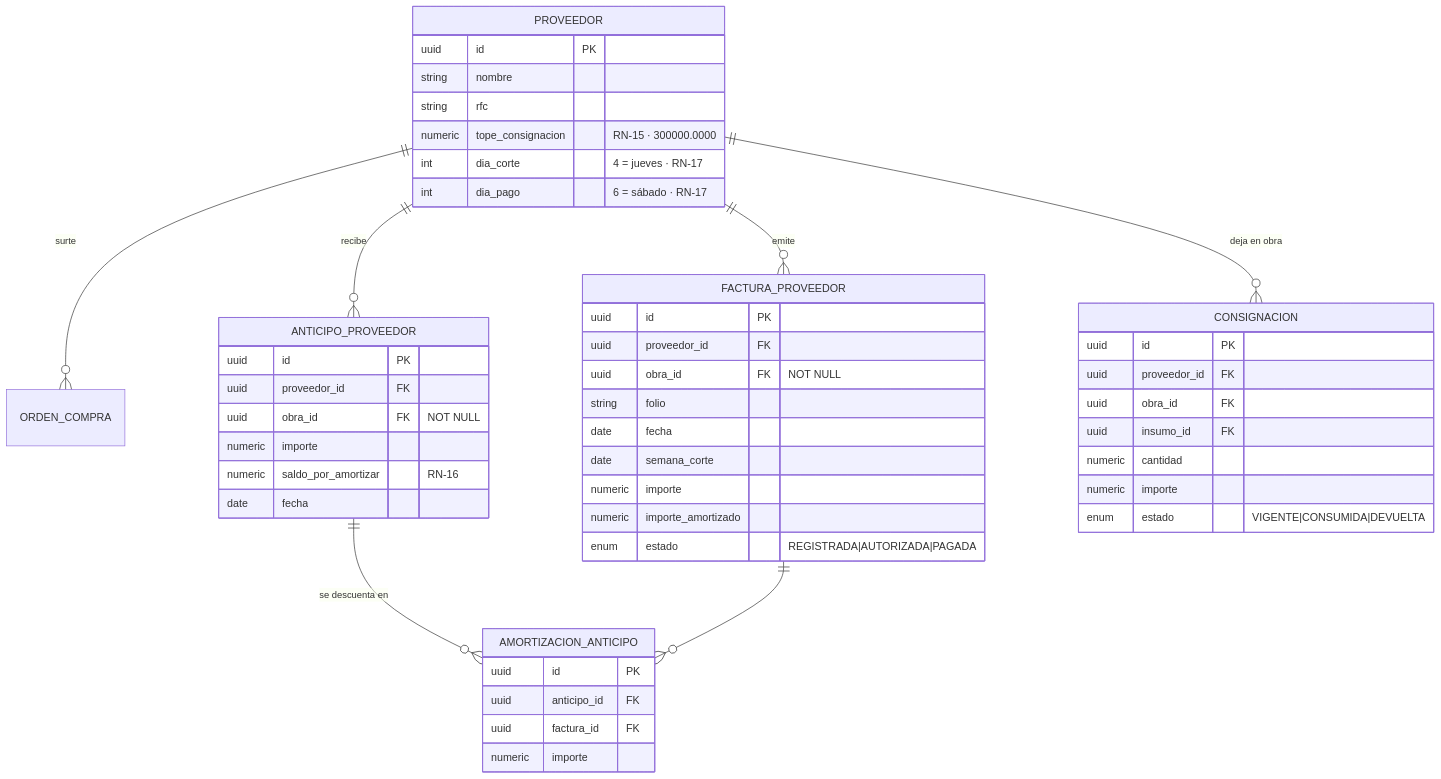
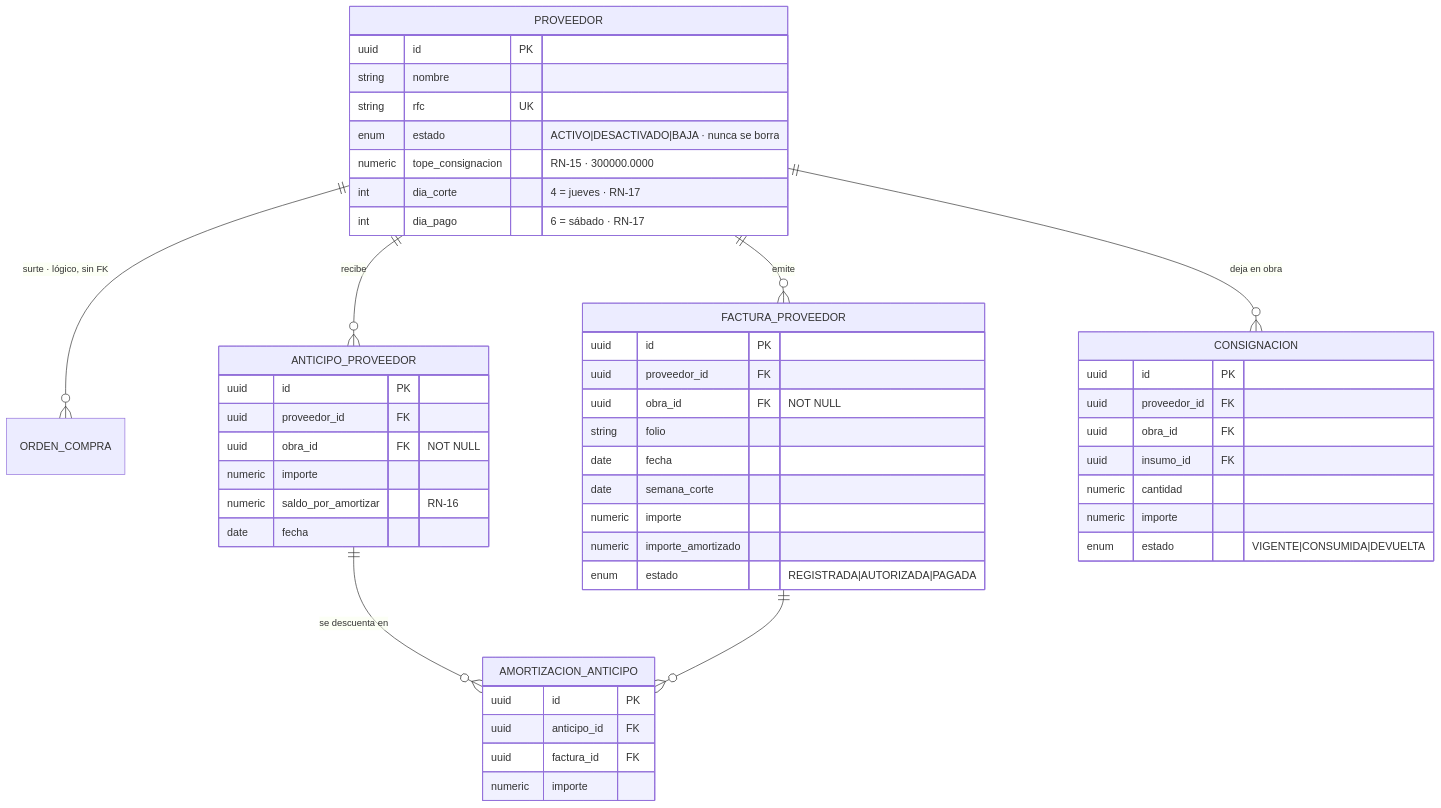
One commit to FranciscoRodSilva/IA4Devs-Proyecto-Final changed the ninth of 18 diagrams in docs/03-modelo-datos.md. Above: the diagram before and after it, drawn with Mermaid. The commit also changed other lines of this file and 22 other files, not shown here.

````diff
--- a/docs/03-modelo-datos.md
+++ b/docs/03-modelo-datos.md
@@ -766,52 +832,53 @@
 ```mermaid
 erDiagram
-    PROVEEDOR ||--o{ ORDEN_COMPRA : "surte"
+    PROVEEDOR ||--o{ ORDEN_COMPRA : "surte · lógico, sin FK"
     PROVEEDOR ||--o{ FACTURA_PROVEEDOR : "emite"
     PROVEEDOR ||--o{ ANTICIPO_PROVEEDOR : "recibe"
     ANTICIPO_PROVEEDOR ||--o{ AMORTIZACION_ANTICIPO : "se descuenta en"
     FACTURA_PROVEEDOR ||--o{ AMORTIZACION_ANTICIPO : ""
     PROVEEDOR ||--o{ CONSIGNACION : "deja en obra"
 
     PROVEEDOR {
         uuid id PK
         string nombre
-        string rfc
+        string rfc UK
+        enum estado "ACTIVO|DESACTIVADO|BAJA · nunca se borra"
         numeric tope_consignacion "RN-15 · 300000.0000"
         int dia_corte "4 = jueves · RN-17"
         int dia_pago "6 = sábado · RN-17"
     }
     FACTURA_PROVEEDOR {
         uuid id PK
         uuid proveedor_id FK
         uuid obra_id FK "NOT NULL"
         string folio
         date fecha
         date semana_corte
         numeric importe
         numeric importe_amortizado
         enum estado "REGISTRADA|AUTORIZADA|PAGADA"
     }
     ANTICIPO_PROVEEDOR {
         uuid id PK
         uuid proveedor_id FK
         uuid obra_id FK "NOT NULL"
         numeric importe
         numeric saldo_por_amortizar "RN-16"
         date fecha
     }
     AMORTIZACION_ANTICIPO {
         uuid id PK
         uuid anticipo_id FK
         uuid factura_id FK
         numeric importe
     }
     CONSIGNACION {
         uuid id PK
         uuid proveedor_id FK
         uuid obra_id FK
         uuid insumo_id FK
         numeric cantidad
         numeric importe
         enum estado "VIGENTE|CONSUMIDA|DEVUELTA"
     }
 ```
````
